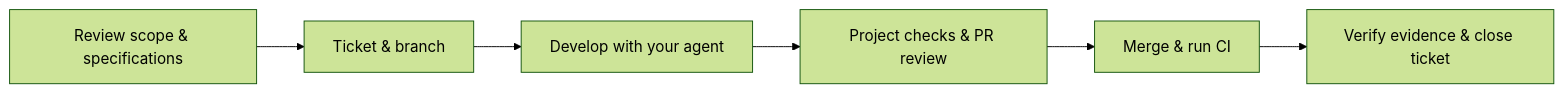
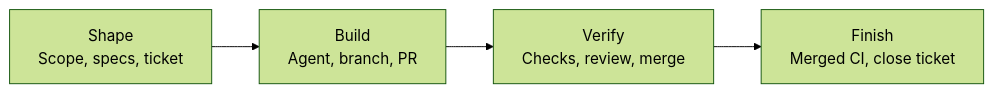
Before and after one commit to Sean-Koval/ai-dlc: the diagram in README.md, drawn with Mermaid (forest theme). The commit also changed 1 other file, not shown here.

Commit message:
docs: keep workflow diagram readable in GitHub preview

````diff
--- a/README.md
+++ b/README.md
@@ -35,8 +35,6 @@
 ```mermaid
 flowchart LR
-    Scope["Review scope & specifications"] --> Work["Ticket & branch"]
-    Work --> Build["Develop with your agent"]
-    Build --> Review["Project checks & PR review"]
-    Review --> Merge["Merge & run CI"]
-    Merge --> Finish["Verify evidence & close ticket"]
+    Scope["Shape<br/>Scope, specs, ticket"] --> Build["Build<br/>Agent, branch, PR"]
+    Build --> Verify["Verify<br/>Checks, review, merge"]
+    Verify --> Finish["Finish<br/>Merged CI, close ticket"]
 ```
````
